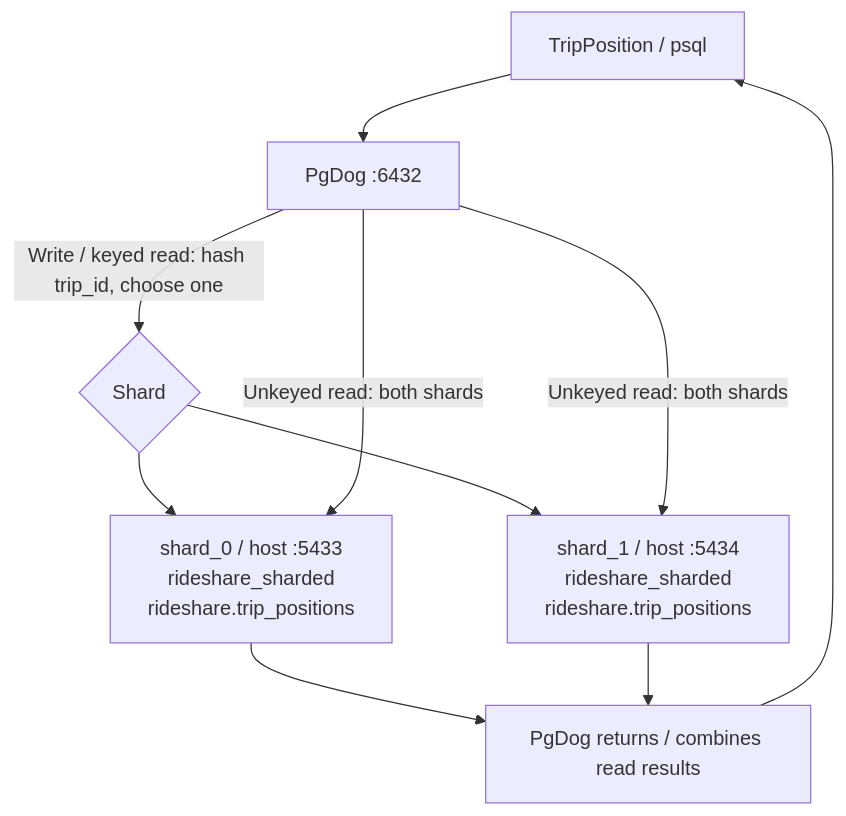
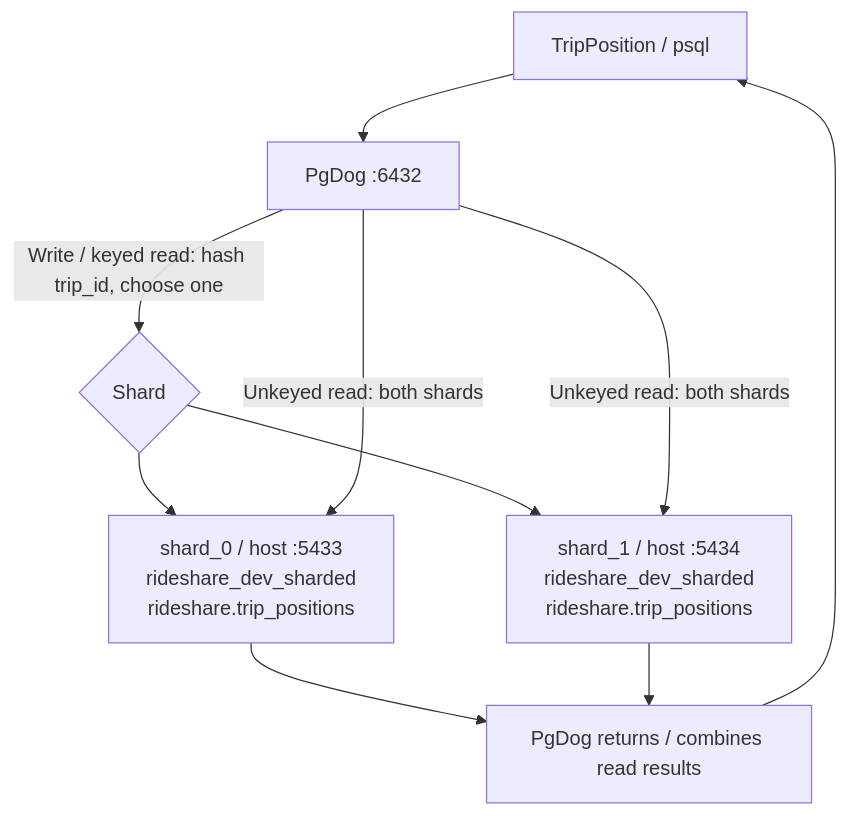
One commit to andyatkinson/rideshare changed the diagram in db/sharding/README.md. Above: the diagram before and after it, drawn with Mermaid. The commit also changed other lines of this file and 14 other files, not shown here.

````diff
--- a/db/sharding/README.md
+++ b/db/sharding/README.md
@@ -12,12 +12,12 @@
 ```mermaid
 flowchart TD
     Client["TripPosition / psql"] --> PgDog["PgDog :6432"]
     PgDog -->|"Write / keyed read: hash trip_id, choose one"| Route{"Shard"}
-    Route --> S0["shard_0 / host :5433<br/>rideshare_sharded<br/>rideshare.trip_positions"]
-    Route --> S1["shard_1 / host :5434<br/>rideshare_sharded<br/>rideshare.trip_positions"]
+    Route --> S0["shard_0 / host :5433<br/>rideshare_dev_sharded<br/>rideshare.trip_positions"]
+    Route --> S1["shard_1 / host :5434<br/>rideshare_dev_sharded<br/>rideshare.trip_positions"]
     PgDog -->|"Unkeyed read: both shards"| S0
     PgDog -->|"Unkeyed read: both shards"| S1
     S0 --> Results["PgDog returns / combines read results"]
     S1 --> Results
     Results --> Client
 ```
````
